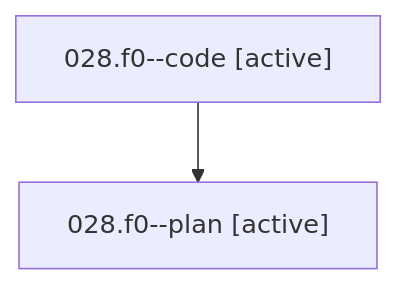
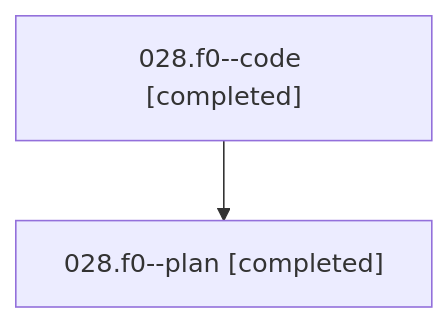
One commit to bobs-org/bob-cli--agents changed the diagram in families/bbugyi200.athena.028.f0.md. Above: the diagram before and after it, drawn with Mermaid. The commit also changed other lines of this file and 32 other files, not shown here.

````diff
--- a/families/bbugyi200.athena.028.f0.md
+++ b/families/bbugyi200.athena.028.f0.md
@@ -9,6 +9,6 @@
 ```mermaid
 flowchart TD
-  n0["028.f0--code [active]"]
-  n1["028.f0--plan [active]"]
+  n0["028.f0--code [completed]"]
+  n1["028.f0--plan [completed]"]
   n0 --> n1
 ```
````
